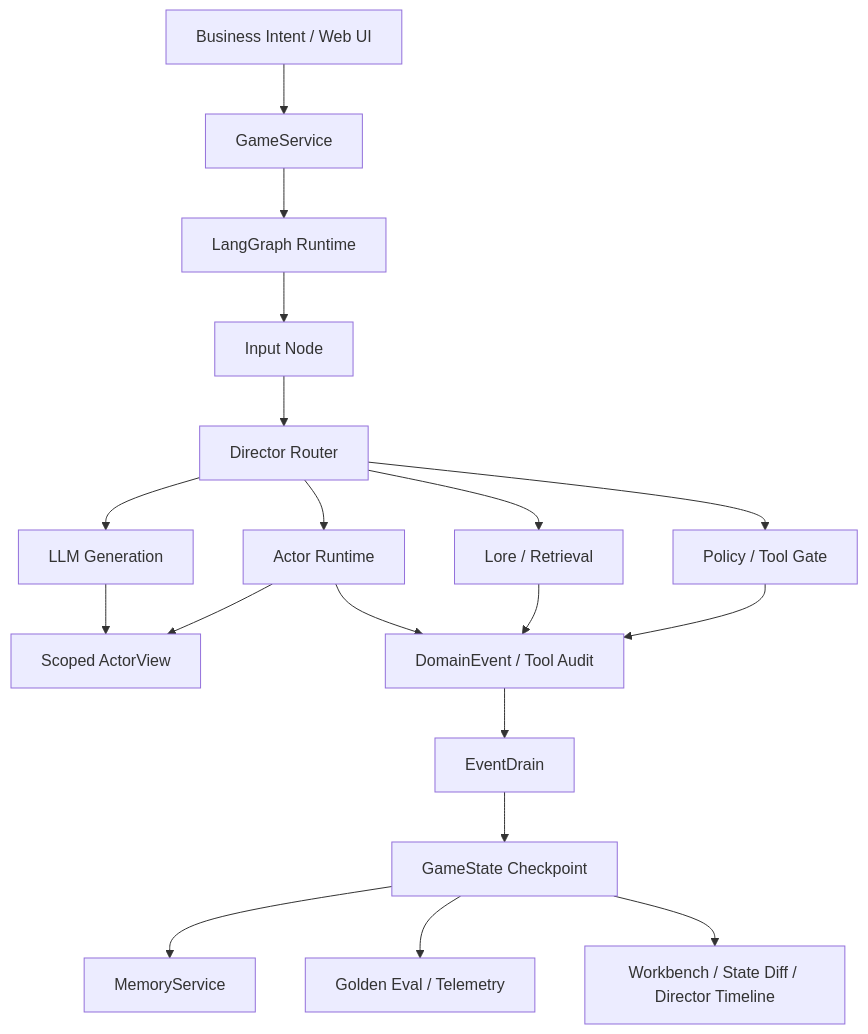
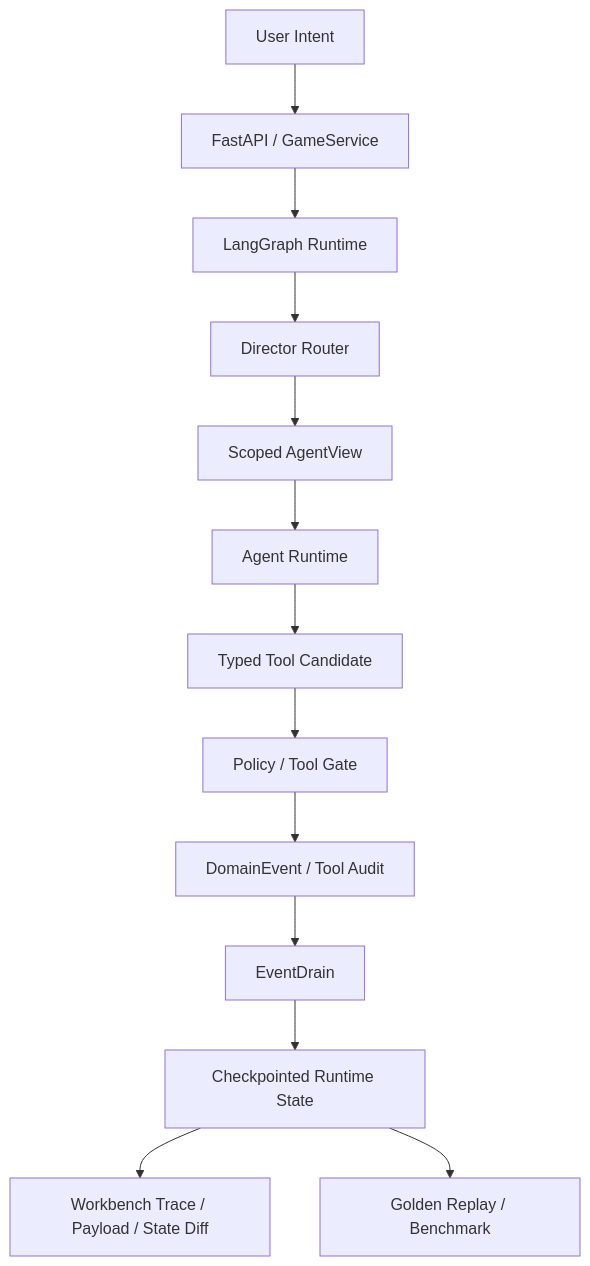
One commit to yukinorin775780/controlled-agent-runtime-ai-rd changed the diagram in README.md. Above: the diagram before and after it, drawn with Mermaid. The commit also changed other lines of this file and 1 other file, not shown here.

````diff
--- a/README.md
+++ b/README.md
@@ -97,21 +100,15 @@
 ```mermaid
 flowchart TD
-    Player["Business Intent / Web UI"] --> Service["GameService"]
+    Intent["User Intent"] --> Service["FastAPI / GameService"]
     Service --> Graph["LangGraph Runtime"]
-    Graph --> Input["Input Node"]
-    Input --> Router["Director Router"]
-    Router --> Mechanics["Policy / Tool Gate"]
-    Router --> Lore["Lore / Retrieval"]
-    Router --> ActorRuntime["Actor Runtime"]
-    Router --> Generation["LLM Generation"]
-    ActorRuntime --> ActorView["Scoped ActorView"]
-    Generation --> ActorView
-    Mechanics --> Events["DomainEvent / Tool Audit"]
-    Lore --> Events
-    ActorRuntime --> Events
+    Graph --> Router["Director Router"]
+    Router --> View["Scoped AgentView"]
+    View --> Agent["Agent Runtime"]
+    Agent --> Candidate["Typed Tool Candidate"]
+    Candidate --> Gate["Policy / Tool Gate"]
+    Gate --> Events["DomainEvent / Tool Audit"]
     Events --> Drain["EventDrain"]
-    Drain --> State["GameState Checkpoint"]
-    State --> Memory["MemoryService"]
-    State --> Eval["Golden Eval / Telemetry"]
-    State --> UI["Workbench / State Diff / Director Timeline"]
+    Drain --> State["Checkpointed Runtime State"]
+    State --> UI["Workbench Trace / Payload / State Diff"]
+    State --> Eval["Golden Replay / Benchmark"]
 ```
````
